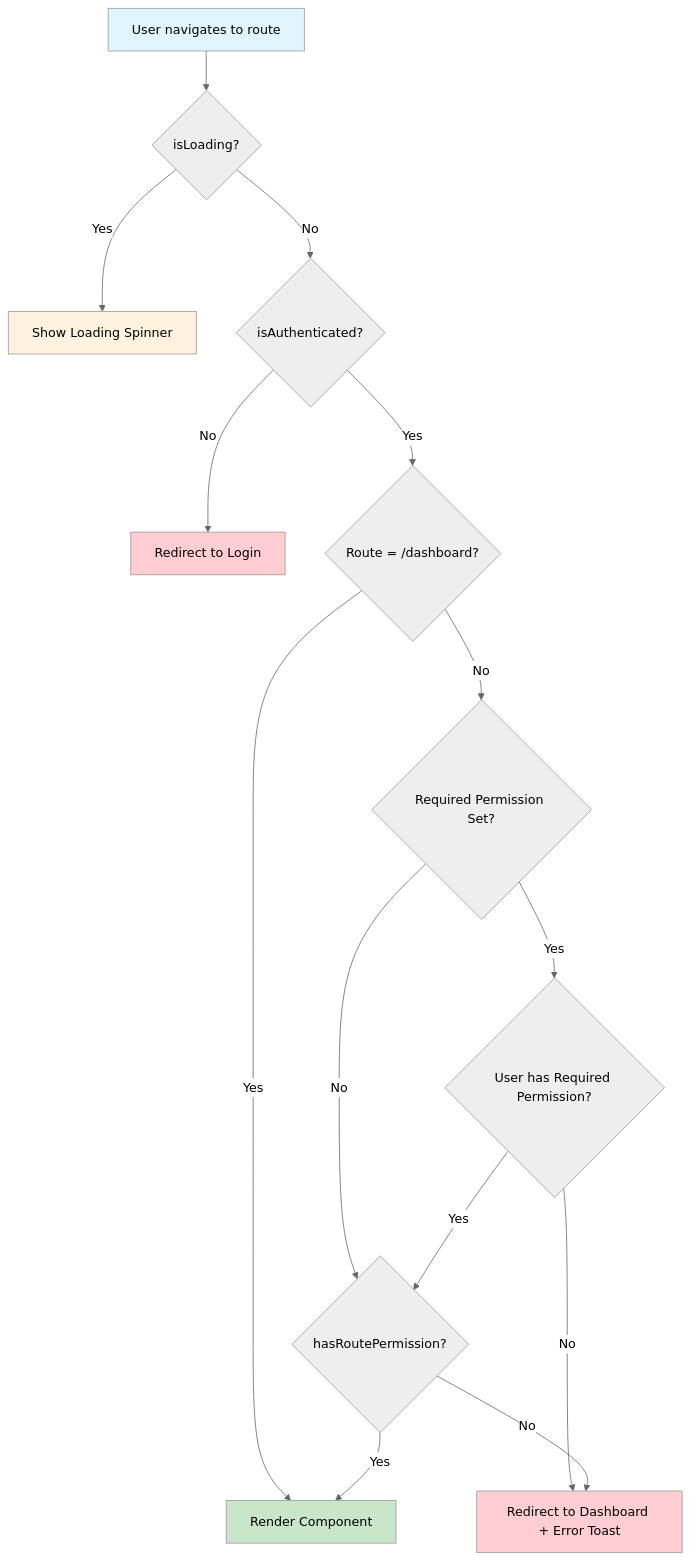
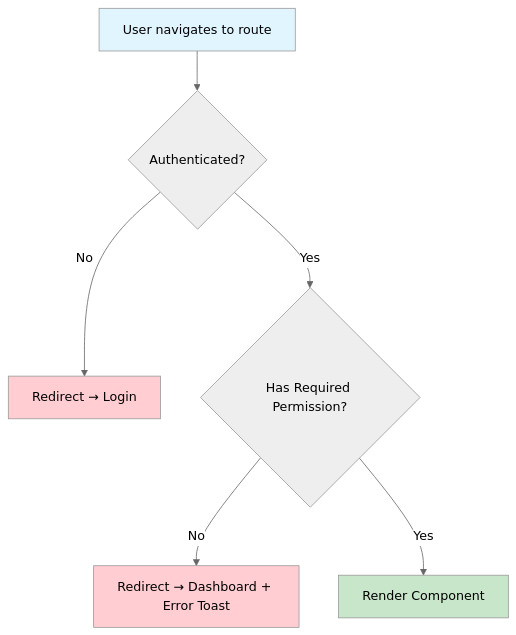
One commit to DVERTOAI/Dverto-QMS-Wiki changed the diagram in QMS Frontend/PERMISSION.md. Above: the diagram before and after it, drawn with Mermaid (neutral theme).

````diff
--- a/QMS Frontend/PERMISSION.md
+++ b/QMS Frontend/PERMISSION.md
@@ -64,23 +64,14 @@
 ```mermaid
 flowchart TD
-    A[User navigates to route] --> B{isLoading?}
-    B -->|Yes| L[Show Loading Spinner]
-    B -->|No| C{isAuthenticated?}
-    C -->|No| D[Redirect to Login]
-    C -->|Yes| E{Route = /dashboard?}
-    E -->|Yes| F[Render Component]
-    E -->|No| G{Required Permission Set?}
-    G -->|Yes| H{User has Required Permission?}
-    G -->|No| J{Route Permission Check}
-    H -->|No| I[Redirect to Dashboard + Error Toast]
-    H -->|Yes| J{hasRoutePermission?}
-    J -->|No| I
-    J -->|Yes| F[Render Component]
-    
+    A[User navigates to route] --> B{Authenticated?}
+    B -->|No| C[Redirect → Login]
+    B -->|Yes| D{Has Required Permission?}
+    D -->|No| E[Redirect → Dashboard + Error Toast]
+    D -->|Yes| F[Render Component]
+
     style A fill:#e1f5fe,color:#000
     style F fill:#c8e6c9,color:#000
-    style D fill:#ffcdd2,color:#000
-    style I fill:#ffcdd2,color:#000
-    style L fill:#fff3e0,color:#000
+    style C fill:#ffcdd2,color:#000
+    style E fill:#ffcdd2,color:#000
 
 ```
````
